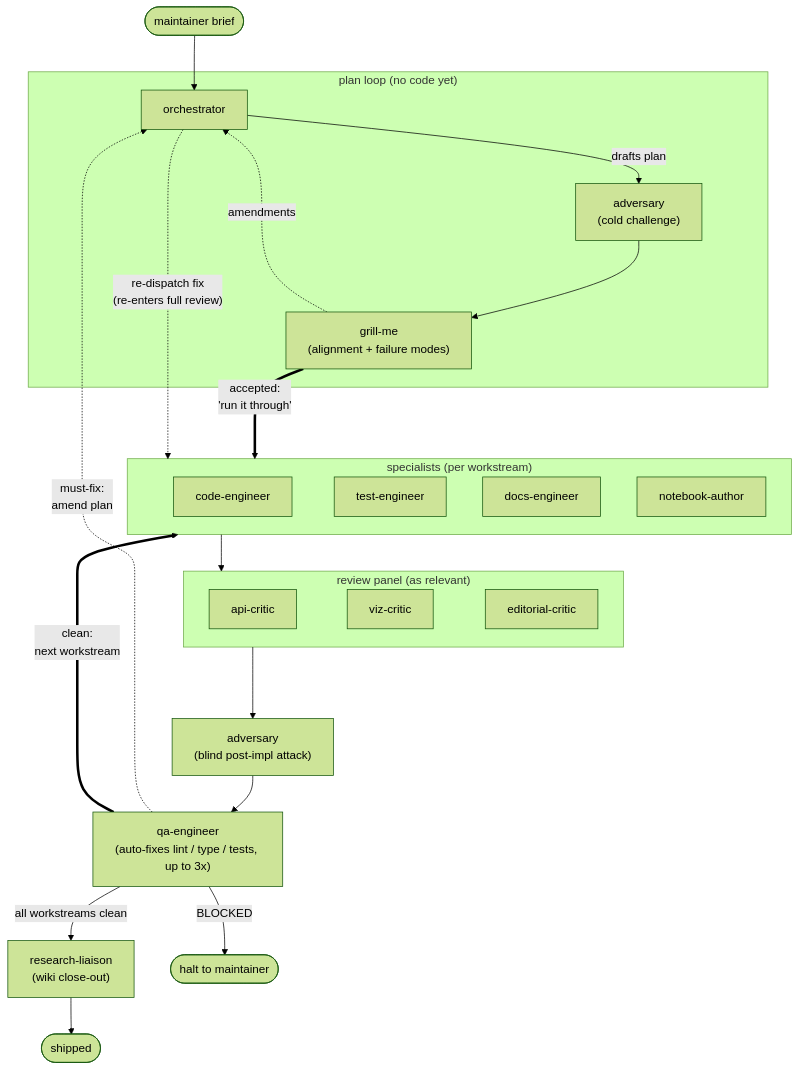
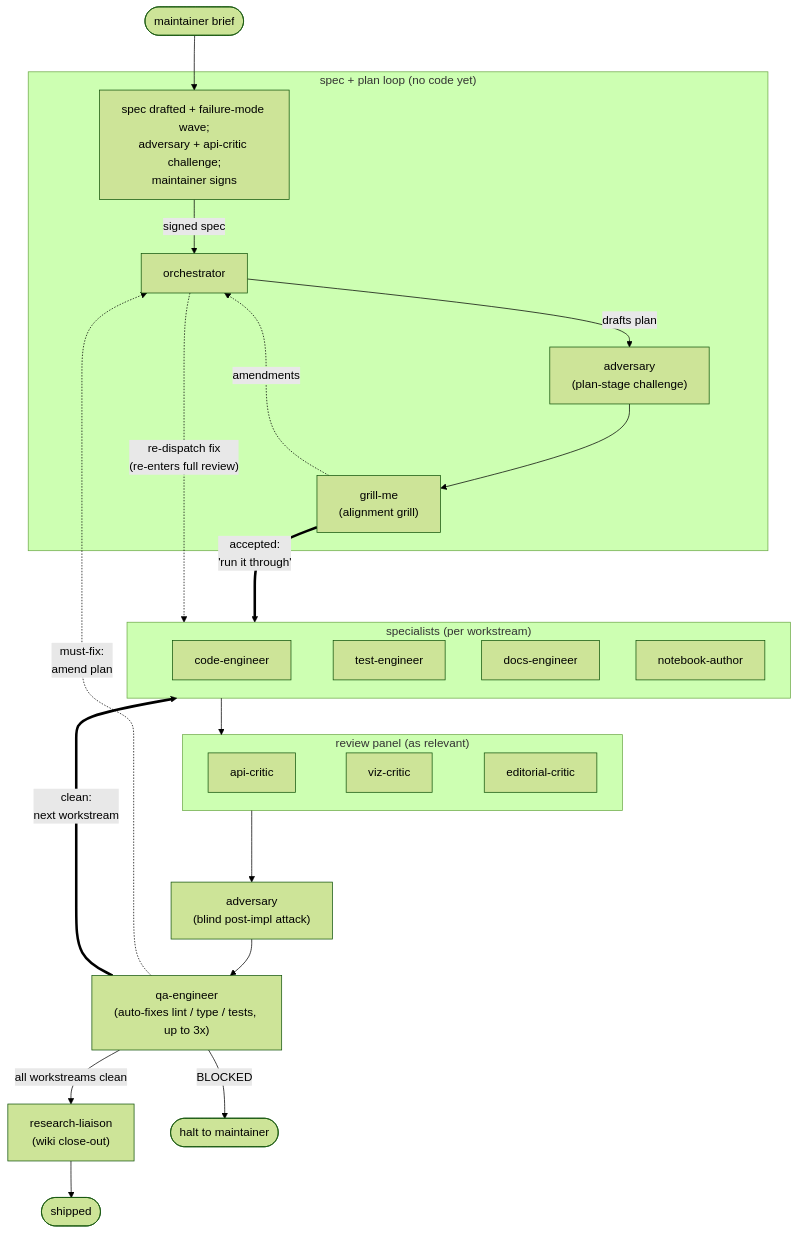
The second of 2 diagrams in README.md (gjkoplik/hiveplotlib-agent-harness), drawn with Mermaid (forest theme) before and after one commit. The commit also changed other lines of this file and 31 other files, not shown here.

````diff
--- a/README.md
+++ b/README.md
@@ -49,46 +49,47 @@
 ```mermaid
 flowchart TD
-    M([maintainer brief]) --> ORCH
+    M([maintainer brief]) --> SIGN
 
-    subgraph PLAN["plan loop (no code yet)"]
-        ORCH[orchestrator] -- "drafts plan" --> ADV1["adversary<br/>(cold challenge)"]
-        ADV1 --> GRILL["grill-me<br/>(alignment + failure modes)"]
+    subgraph PLAN["spec + plan loop (no code yet)"]
+        SIGN["spec drafted + failure-mode wave;<br/>adversary + api-critic challenge;<br/>maintainer signs"] -- "signed spec" --> ORCH[orchestrator]
+        ORCH -- "drafts plan" --> ADV1["adversary<br/>(plan-stage challenge)"]
+        ADV1 --> GRILL["grill-me<br/>(alignment grill)"]
         GRILL -. "amendments" .-> ORCH
     end
 
     subgraph SPEC["specialists (per workstream)"]
         CE[code-engineer]
         TE[test-engineer]
         DE[docs-engineer]
         NA[notebook-author]
     end
 
     subgraph CRIT["review panel (as relevant)"]
         AC[api-critic]
         VC[viz-critic]
         EC[editorial-critic]
     end
 
     ADV2["adversary<br/>(blind post-impl attack)"]
     QA["qa-engineer<br/>(auto-fixes lint / type / tests, up to 3x)"]
 
     GRILL == "accepted:<br/>'run it through'" ==> SPEC
     SPEC --> CRIT
     CRIT --> ADV2
     ADV2 --> QA
     QA -- "all workstreams clean" --> RL["research-liaison<br/>(wiki close-out)"]
     QA -- "BLOCKED" --> HALT([halt to maintainer])
     RL --> DONE([shipped])
 
     GRILL ~~~ CE
     GRILL ~~~ TE
     GRILL ~~~ DE
     GRILL ~~~ NA
     CE ~~~ AC
     TE ~~~ VC
     DE ~~~ EC
 
     QA == "clean:<br/>next workstream" ==> SPEC
     QA -. "must-fix:<br/>amend plan" .-> ORCH
     ORCH -. "re-dispatch fix<br/>(re-enters full review)" .-> SPEC
 ```
````
